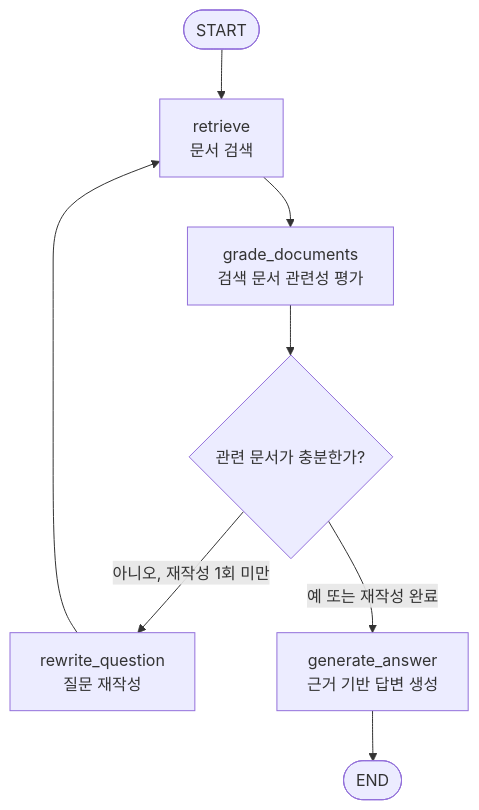
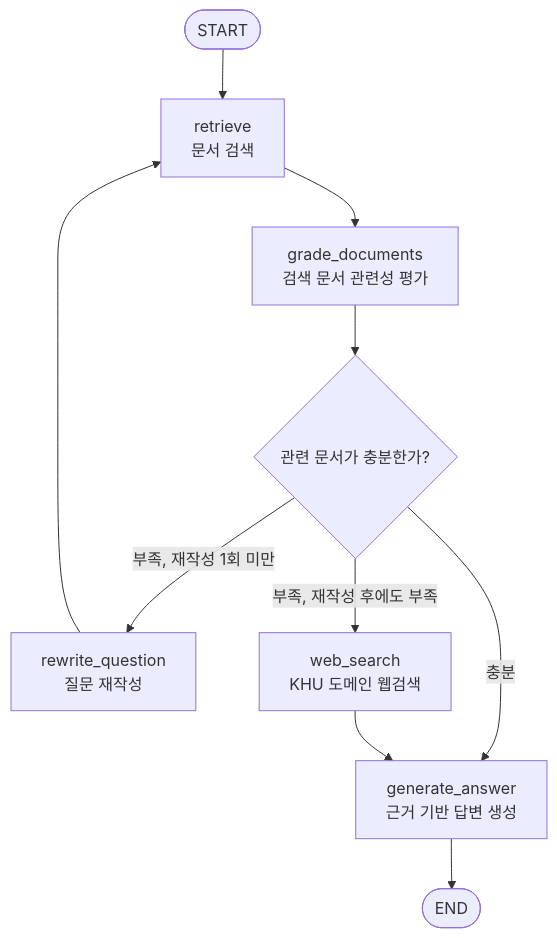
One commit to ICS-HYEJU/langchain changed the diagram in docs/graph_diagrams/academic_admin_agentic_rag.md. Above: the diagram before and after it, drawn with Mermaid. The commit also changed other lines of this file and 8 other files, not shown here.

````diff
--- a/docs/graph_diagrams/academic_admin_agentic_rag.md
+++ b/docs/graph_diagrams/academic_admin_agentic_rag.md
@@ -5,18 +7,21 @@
 ```mermaid
 flowchart TD
     START([START])
     RETRIEVE["retrieve<br/>문서 검색"]
     GRADE["grade_documents<br/>검색 문서 관련성 평가"]
     DECIDE{"관련 문서가 충분한가?"}
     REWRITE["rewrite_question<br/>질문 재작성"]
+    WEB["web_search<br/>KHU 도메인 웹검색"]
     GENERATE["generate_answer<br/>근거 기반 답변 생성"]
     END([END])
 
     START --> RETRIEVE
     RETRIEVE --> GRADE
     GRADE --> DECIDE
-    DECIDE -- "아니오, 재작성 1회 미만" --> REWRITE
+    DECIDE -- "충분" --> GENERATE
+    DECIDE -- "부족, 재작성 1회 미만" --> REWRITE
     REWRITE --> RETRIEVE
-    DECIDE -- "예 또는 재작성 완료" --> GENERATE
+    DECIDE -- "부족, 재작성 후에도 부족" --> WEB
+    WEB --> GENERATE
     GENERATE --> END
 ```
````
